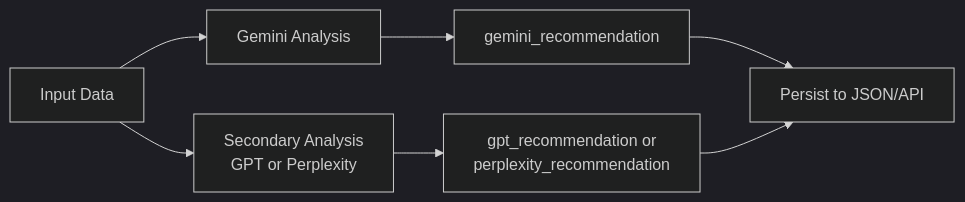
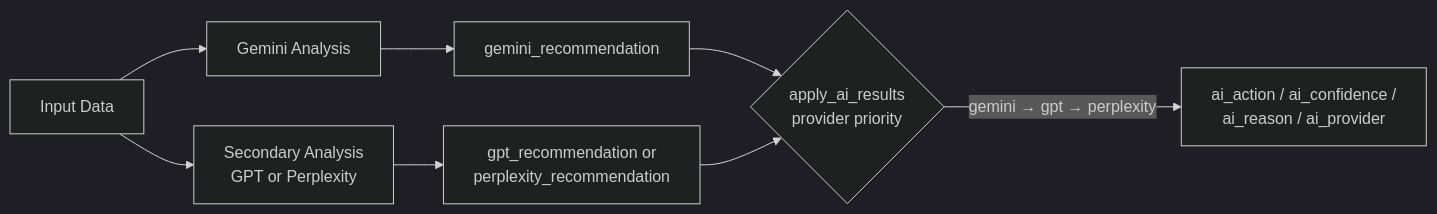
The third of 6 diagrams in README.md (freelife1191/closing-bet-demo), drawn with Mermaid (dark theme) before and after one commit. The commit also changed other lines of this file, not shown here.

First line of the commit message:
docs(readme): align with current codebase (Vertex AI, provider chain, split modules)

````diff
--- a/README.md
+++ b/README.md
@@ -485,9 +530,10 @@
 ```mermaid
 graph LR
     A[Input Data] --> B[Gemini Analysis]
-    A --> C[Secondary Analysis\nGPT or Perplexity]
+    A --> C[Secondary Analysis<br/>GPT or Perplexity]
     B --> D[gemini_recommendation]
-    C --> E[gpt_recommendation or\nperplexity_recommendation]
-    D --> F[Persist to JSON/API]
+    C --> E[gpt_recommendation or<br/>perplexity_recommendation]
+    D --> F{apply_ai_results<br/>provider priority}
     E --> F
+    F -->|gemini → gpt → perplexity| G[ai_action / ai_confidence /<br/>ai_reason / ai_provider]
 ```
````
